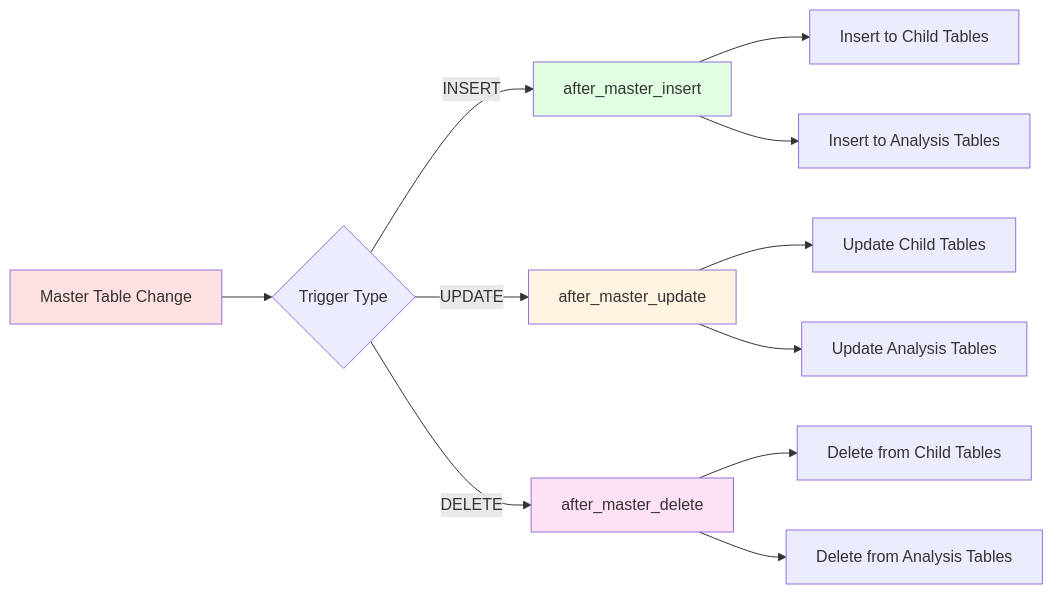
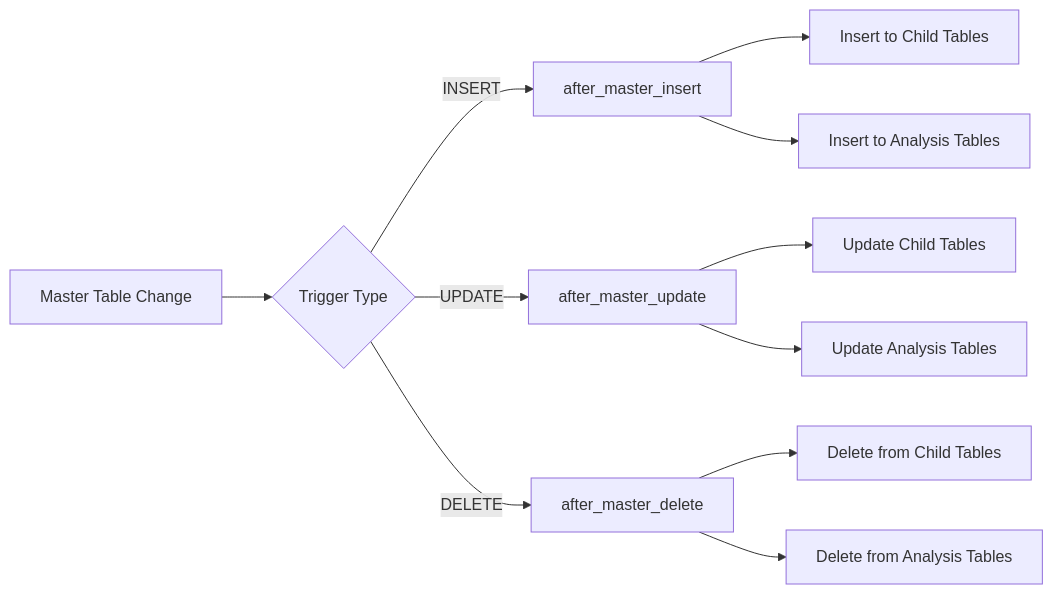
One commit to Acash-bits/tax_summit changed the third of 10 diagrams in Readme.md. Above: the diagram before and after it, drawn with Mermaid. The commit also changed other lines of this file, not shown here.

````diff
--- a/Readme.md
+++ b/Readme.md
@@ -430,21 +423,16 @@
 ```mermaid
 graph LR
     A[Master Table Change] --> B{Trigger Type}
     B -->|INSERT| C[after_master_insert]
     B -->|UPDATE| D[after_master_update]
     B -->|DELETE| E[after_master_delete]
     
     C --> F[Insert to Child Tables]
     C --> G[Insert to Analysis Tables]
     
     D --> H[Update Child Tables]
     D --> I[Update Analysis Tables]
     
     E --> J[Delete from Child Tables]
     E --> K[Delete from Analysis Tables]
-    
-    style A fill:#ffe1e1
-    style C fill:#e1ffe1
-    style D fill:#fff4e1
-    style E fill:#ffe1f5
 ```
````
